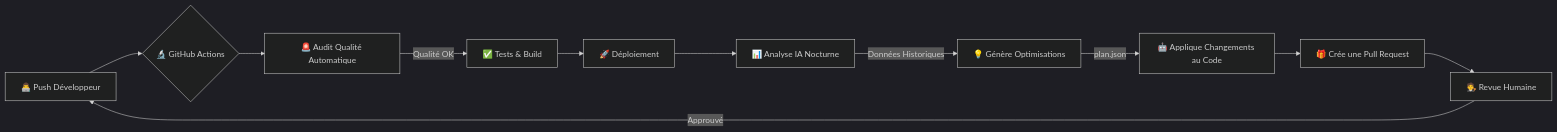
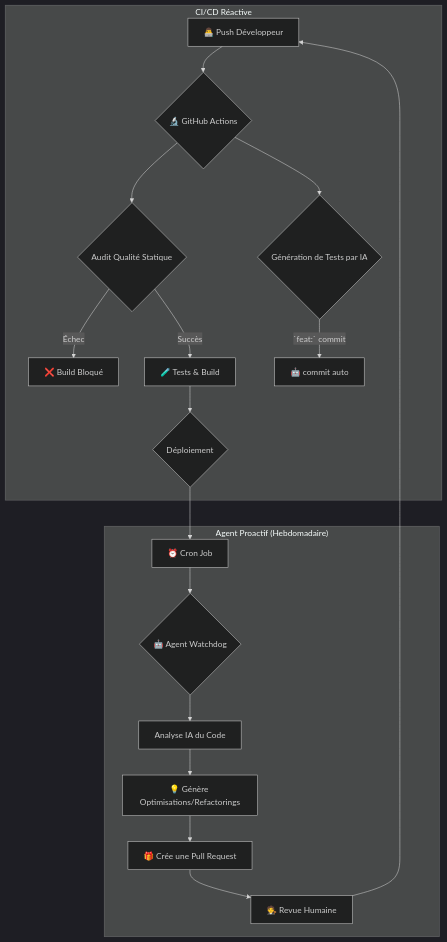
One commit to MCH-512/crewsphere changed the diagram in README.md. Above: the diagram before and after it, drawn with Mermaid (dark theme). The commit also changed other lines of this file, not shown here.

Commit message:
donne moi une description detaillé et complete de watchdog et le mecanis

````diff
--- a/README.md
+++ b/README.md
@@ -58,13 +58,23 @@
 ```mermaid
-graph LR
-    A[👨‍💻 Push Développeur] --> B{🔬 GitHub Actions}
-    B --> C[🚨 Audit Qualité Automatique]
-    C -- Qualité OK --> D[✅ Tests & Build]
-    D --> E[🚀 Déploiement]
-    E --> F[📊 Analyse IA Nocturne]
-    F -- Données Historiques --> G[💡 Génère Optimisations]
-    G -- plan.json --> H[🤖 Applique Changements au Code]
-    H --> I[🎁 Crée une Pull Request]
-    I --> J[🧑‍⚖️ Revue Humaine]
-    J -- Approuvé --> A
+graph TD
+    subgraph "CI/CD Réactive"
+        A[👨‍💻 Push Développeur] --> B{🔬 GitHub Actions};
+        B --> C{Audit Qualité Statique};
+        C -- Échec --> X[❌ Build Bloqué];
+        C -- Succès --> D[🧪 Tests & Build];
+        D --> E{Déploiement};
+        B --> F{Génération de Tests par IA};
+        F -- `feat:` commit --> G[🤖 commit auto];
+    end
+
+    subgraph "Agent Proactif (Hebdomadaire)"
+        H[⏰ Cron Job] --> I{🤖 Agent Watchdog};
+        I --> J[Analyse IA du Code];
+        J --> K[💡 Génère Optimisations/Refactorings];
+        K --> L[🎁 Crée une Pull Request];
+        L --> M[🧑‍⚖️ Revue Humaine];
+    end
+
+    E --> H;
+    M --> A;
 ```
````
